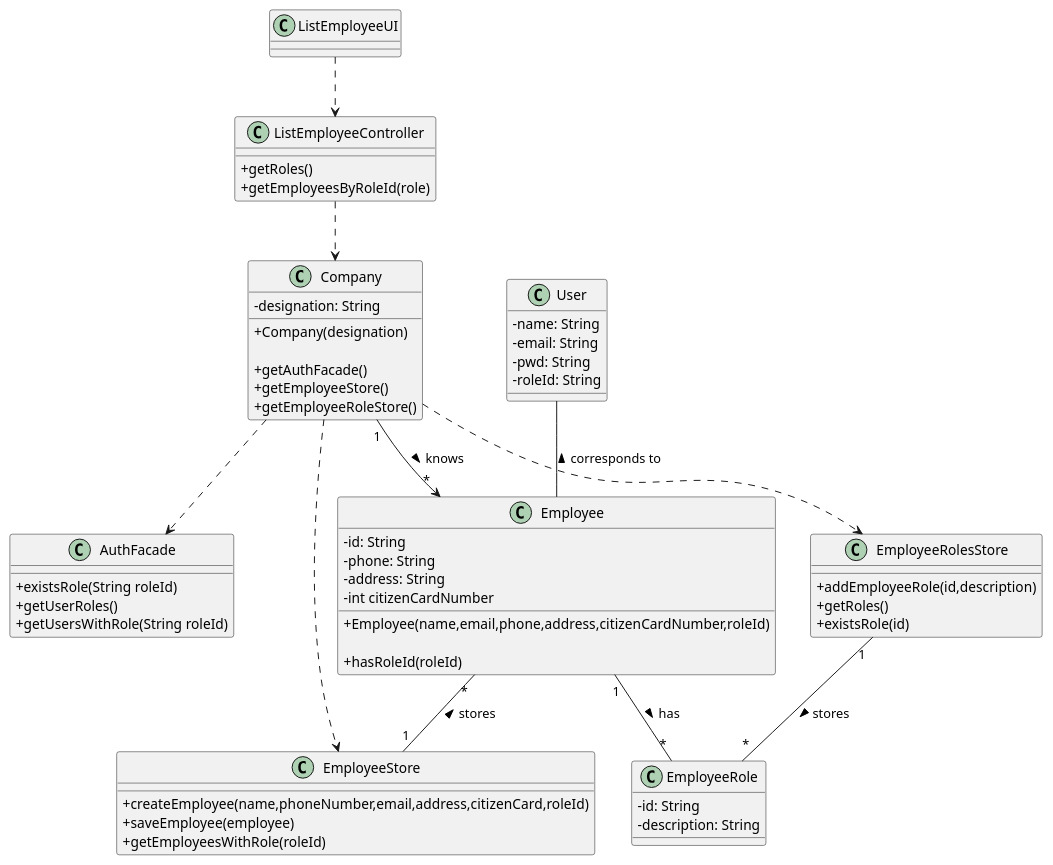
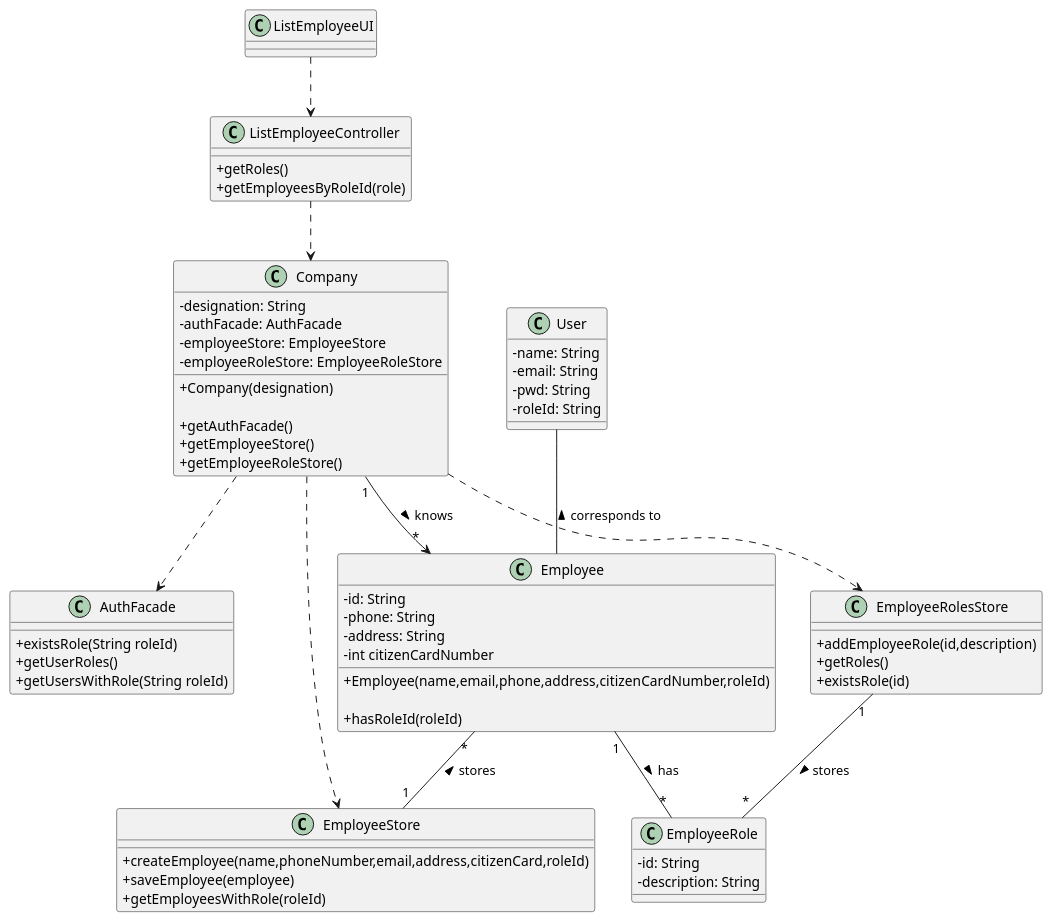
One commit to miseEnPlace-i/lapr2 changed the diagram in docs/SprintB/US11/CD/US11_CD.puml. Above: the diagram before and after it, drawn with PlantUML. The commit also changed 1 other file, not shown here.

Commit message:
docs(SD): added store as company attributes

```diff
--- a/docs/SprintB/US11/CD/US11_CD.puml
+++ b/docs/SprintB/US11/CD/US11_CD.puml
@@ -1,76 +1,79 @@
 @startuml
 skinparam classAttributeIconSize 0
 
 class User {
   -name: String
   -email: String
   -pwd: String
   -roleId: String
 }
 
 class Employee {
   -id: String
   -phone: String
   -address: String
   -int citizenCardNumber
   
   +Employee(name,email,phone,address,citizenCardNumber,roleId)
 
   +hasRoleId(roleId)
 }
 
 class Company {
   -designation: String
+  -authFacade: AuthFacade
+  -employeeStore: EmployeeStore
+  -employeeRoleStore: EmployeeRoleStore
   
   +Company(designation)
 
   +getAuthFacade()
   +getEmployeeStore()
   +getEmployeeRoleStore()
 }
 
 class AuthFacade {
   +existsRole(String roleId)
   +getUserRoles()
   +getUsersWithRole(String roleId)
 }
 
 class EmployeeStore {
   +createEmployee(name,phoneNumber,email,address,citizenCard,roleId)
   +saveEmployee(employee)
   +getEmployeesWithRole(roleId)
 }
 
 class ListEmployeeController {
   +getRoles()
   +getEmployeesByRoleId(role)
 }
 
 class EmployeeRole {
   -id: String
   -description: String
 }
 
 class ListEmployeeUI {}
 
 class EmployeeRolesStore {
   +addEmployeeRole(id,description)
   +getRoles()
   +existsRole(id)
 }
 
 ListEmployeeUI ..> ListEmployeeController
 ListEmployeeController ..> Company
 
 Company ..> AuthFacade
 Company ..> EmployeeStore
 Employee "*" -- "1" EmployeeStore : stores <
 Company "1" --> "*" Employee : knows >
 
 EmployeeRolesStore "1" -- "*" EmployeeRole : stores >
 Company ..> EmployeeRolesStore
 Employee "1" -- "*" EmployeeRole : has >
 
 User -- Employee : corresponds to <
 
 @enduml
```
